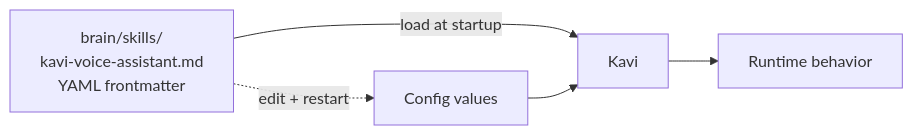
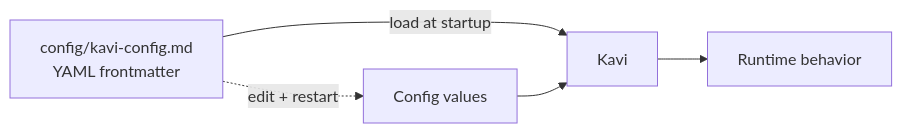
The seventh of 7 diagrams in ARCHITECTURE.md (caprion/voice-assistant), drawn with Mermaid before and after one commit. The commit also changed other lines of this file and 7 other files, not shown here.

First line of the commit message:
Fix broken mermaid diagram, bring config in-repo, drop remaining local details

````diff
--- a/ARCHITECTURE.md
+++ b/ARCHITECTURE.md
@@ -158,8 +158,8 @@
 ```mermaid
 flowchart LR
-    Skill[brain/skills/<br/>kavi-voice-assistant.md<br/>YAML frontmatter]
+    Skill[config/kavi-config.md<br/>YAML frontmatter]
     Skill -->|load at startup| Kavi
     Skill -.->|edit + restart| Config[Config values]
     Config --> Kavi
     Kavi --> Runtime[Runtime behavior]
 ```
````
